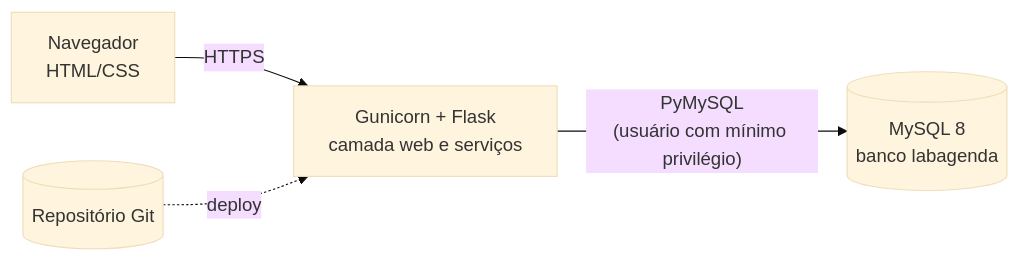
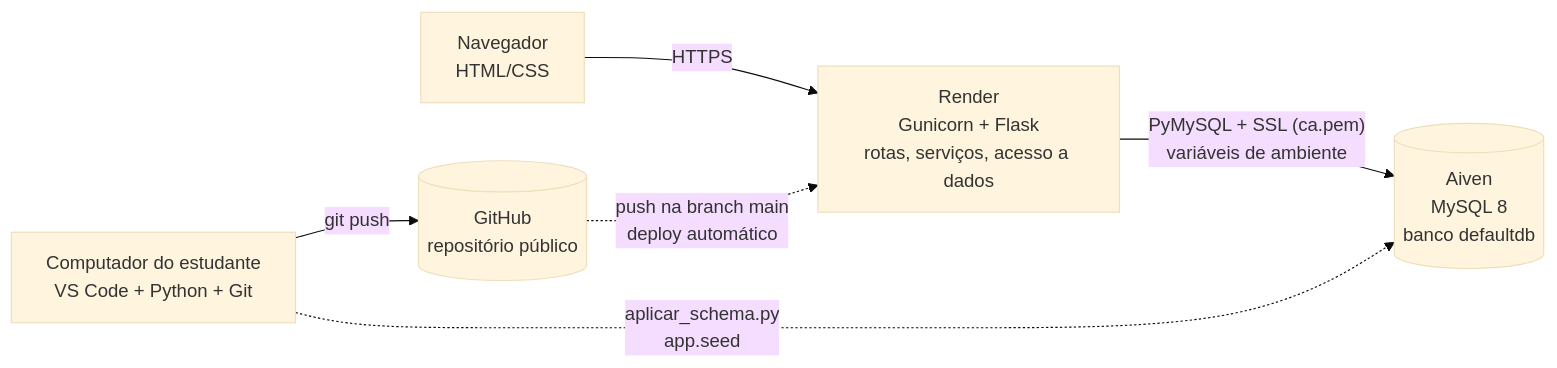
The diagram in docs/diagramas/implantacao.mmd (LeonardoCeccon/Projeto-Integrador-Interdisciplinar), drawn with Mermaid (base theme) before and after one commit. The commit also changed 46 other files, not shown here.

```diff
--- a/docs/diagramas/implantacao.mmd
+++ b/docs/diagramas/implantacao.mmd
@@ -1,4 +1,6 @@
 flowchart LR
-  N[Navegador<br/>HTML/CSS] -- HTTPS --> G[Gunicorn + Flask<br/>camada web e serviços]
-  G -- "PyMySQL<br/>(usuário com mínimo privilégio)" --> M[(MySQL 8<br/>banco labagenda)]
-  GIT[(Repositório Git)] -. deploy .-> G
+  N[Navegador<br/>HTML/CSS] -- HTTPS --> R[Render<br/>Gunicorn + Flask<br/>rotas, serviços, acesso a dados]
+  R -- "PyMySQL + SSL (ca.pem)<br/>variáveis de ambiente" --> M[(Aiven<br/>MySQL 8<br/>banco defaultdb)]
+  GH[(GitHub<br/>repositório público)] -. "push na branch main<br/>deploy automático" .-> R
+  DEV[Computador do estudante<br/>VS Code + Python + Git] -- "git push" --> GH
+  DEV -. "aplicar_schema.py<br/>app.seed" .-> M
```
